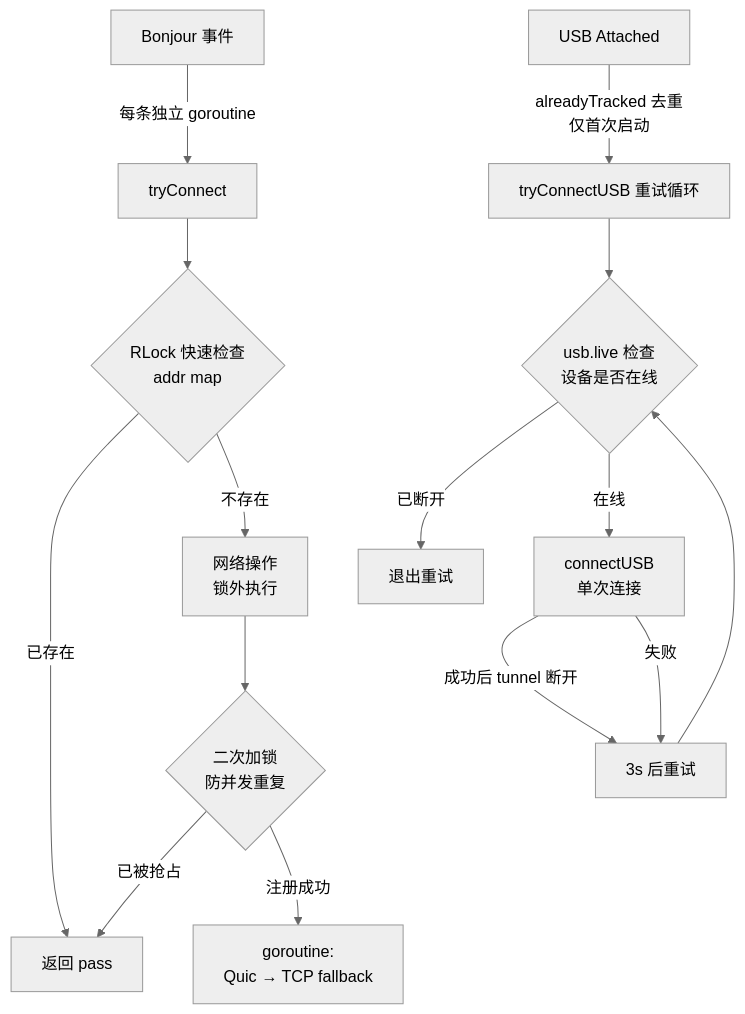
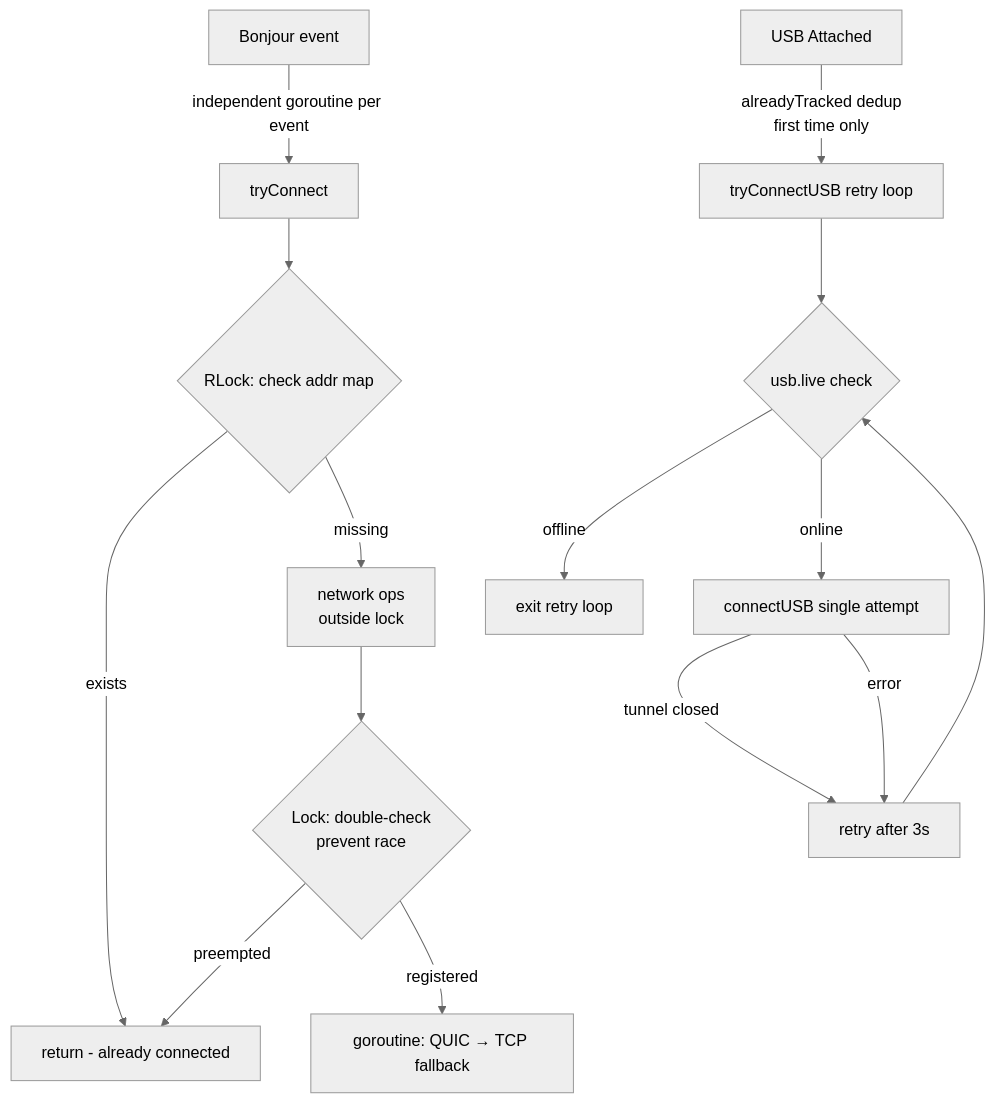
One commit to larryhou/ix changed the third of 3 diagrams in .opencode/skills/dev/SKILL.md. Above: the diagram before and after it, drawn with Mermaid (neutral theme). The commit also changed other lines of this file, not shown here.

````diff
--- a/.opencode/skills/dev/SKILL.md
+++ b/.opencode/skills/dev/SKILL.md
@@ -288,19 +391,19 @@
 ```mermaid
 flowchart TD
-    A[Bonjour 事件] -->|每条独立 goroutine| B[tryConnect]
-    C[USB Attached] -->|alreadyTracked 去重\n仅首次启动| D[tryConnectUSB 重试循环]
+    A[Bonjour event] -->|independent goroutine per event| B[tryConnect]
+    C[USB Attached] -->|alreadyTracked dedup\nfirst time only| D[tryConnectUSB retry loop]
 
-    B --> B1{RLock 快速检查\naddr map}
-    B1 -->|已存在| B2[返回 pass]
-    B1 -->|不存在| B3[网络操作\n锁外执行]
-    B3 --> B4{二次加锁\n防并发重复}
-    B4 -->|已被抢占| B2
-    B4 -->|注册成功| B5[goroutine:\nQuic → TCP fallback]
+    B --> B1{RLock: check addr map}
+    B1 -->|exists| B2[return - already connected]
+    B1 -->|missing| B3[network ops\noutside lock]
+    B3 --> B4{Lock: double-check\nprevent race}
+    B4 -->|preempted| B2
+    B4 -->|registered| B5[goroutine: QUIC → TCP fallback]
 
-    D --> D1{usb.live 检查\n设备是否在线}
-    D1 -->|已断开| D2[退出重试]
-    D1 -->|在线| D3[connectUSB\n单次连接]
-    D3 -->|成功后 tunnel 断开| D4[3s 后重试]
-    D3 -->|失败| D4
+    D --> D1{usb.live check}
+    D1 -->|offline| D2[exit retry loop]
+    D1 -->|online| D3[connectUSB single attempt]
+    D3 -->|tunnel closed| D4[retry after 3s]
+    D3 -->|error| D4
     D4 --> D1
 ```
````
